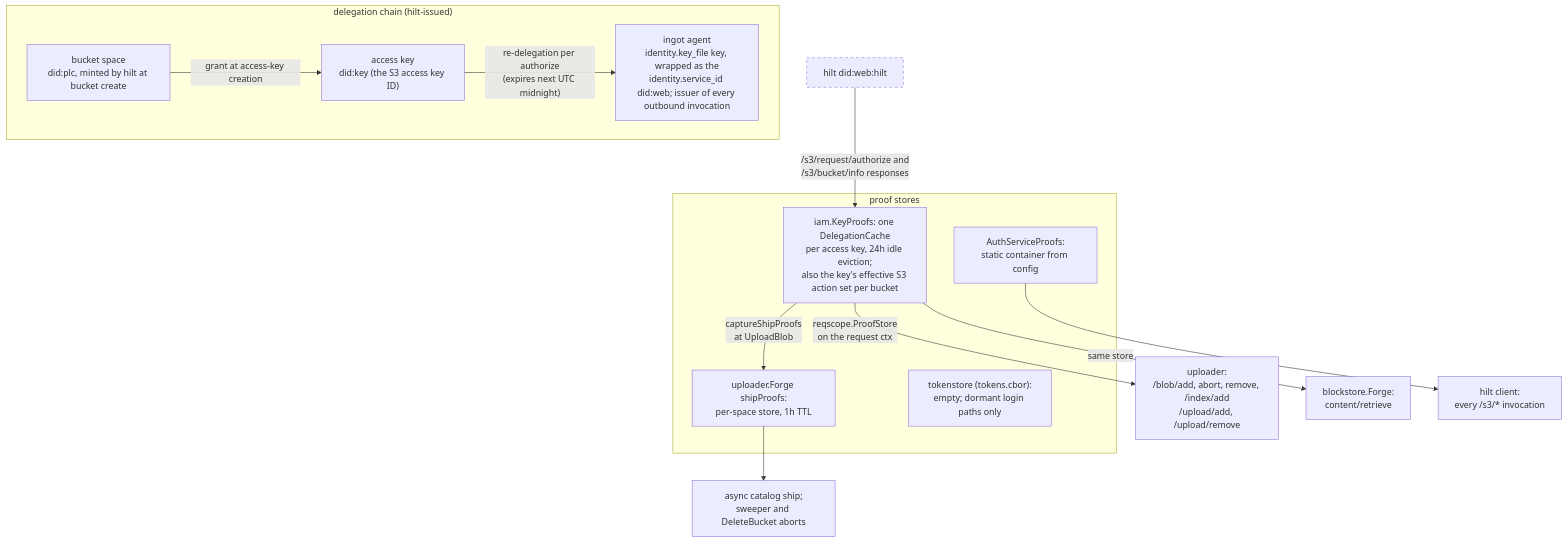
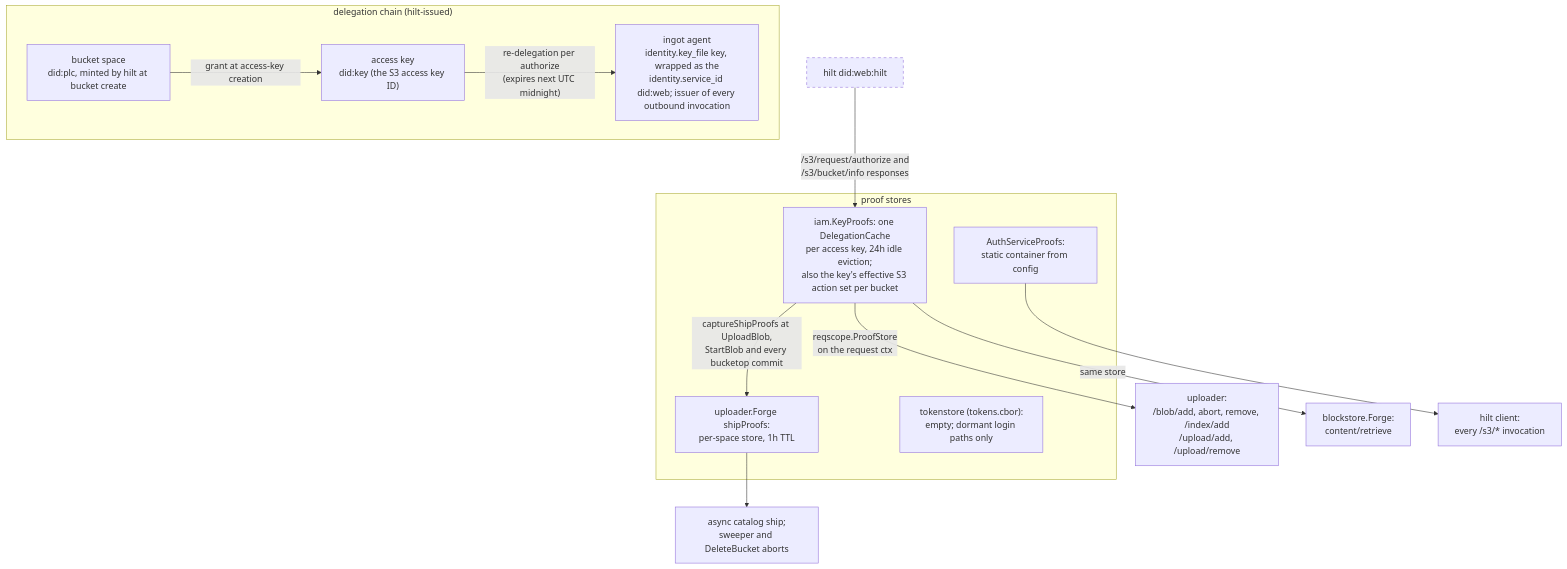
One commit to fil-forge/ingot changed diagram 12 of 15 in docs/diagrams.md. Above: the diagram before and after it, drawn with Mermaid. The commit also changed other lines of this file and 9 other files, not shown here.

First line of the commit message:
Capture ship authority on every write, not only body uploads

````diff
--- a/docs/diagrams.md
+++ b/docs/diagrams.md
@@ -897,28 +898,28 @@
 ```mermaid
 flowchart TB
     subgraph chain["delegation chain (hilt-issued)"]
         space["bucket space<br/>did:plc, minted by hilt at bucket create"]
         ak["access key<br/>did:key (the S3 access key ID)"]
         agent["ingot agent<br/>identity.key_file key, wrapped as the<br/>identity.service_id did:web; issuer of every outbound invocation"]
         space -->|"grant at access-key creation"| ak
         ak -->|"re-delegation per authorize<br/>(expires next UTC midnight)"| agent
     end
 
     hilt["hilt did:web:hilt"] -->|"/s3/request/authorize and<br/>/s3/bucket/info responses"| kp
 
     subgraph stores["proof stores"]
         kp["iam.KeyProofs: one DelegationCache<br/>per access key, 24h idle eviction;<br/>also the key's effective S3 action set per bucket"]
         ship["uploader.Forge shipProofs:<br/>per-space store, 1h TTL"]
         static["AuthServiceProofs:<br/>static container from config"]
         tok["tokenstore (tokens.cbor):<br/>empty; dormant login paths only"]
     end
 
     kp -->|"reqscope.ProofStore<br/>on the request ctx"| writes["uploader:<br/>/blob/add, abort, remove, /index/add<br/>/upload/add, /upload/remove"]
     kp -->|"same store"| reads["blockstore.Forge:<br/>content/retrieve"]
-    kp -->|"captureShipProofs<br/>at UploadBlob"| ship
+    kp -->|"captureShipProofs at UploadBlob,<br/>StartBlob and every bucketop commit"| ship
     ship --> async["async catalog ship;<br/>sweeper and DeleteBucket aborts"]
     static --> hc["hilt client:<br/>every /s3/* invocation"]
 
     classDef external stroke-dasharray: 5 5
     class hilt external
 ```
````
